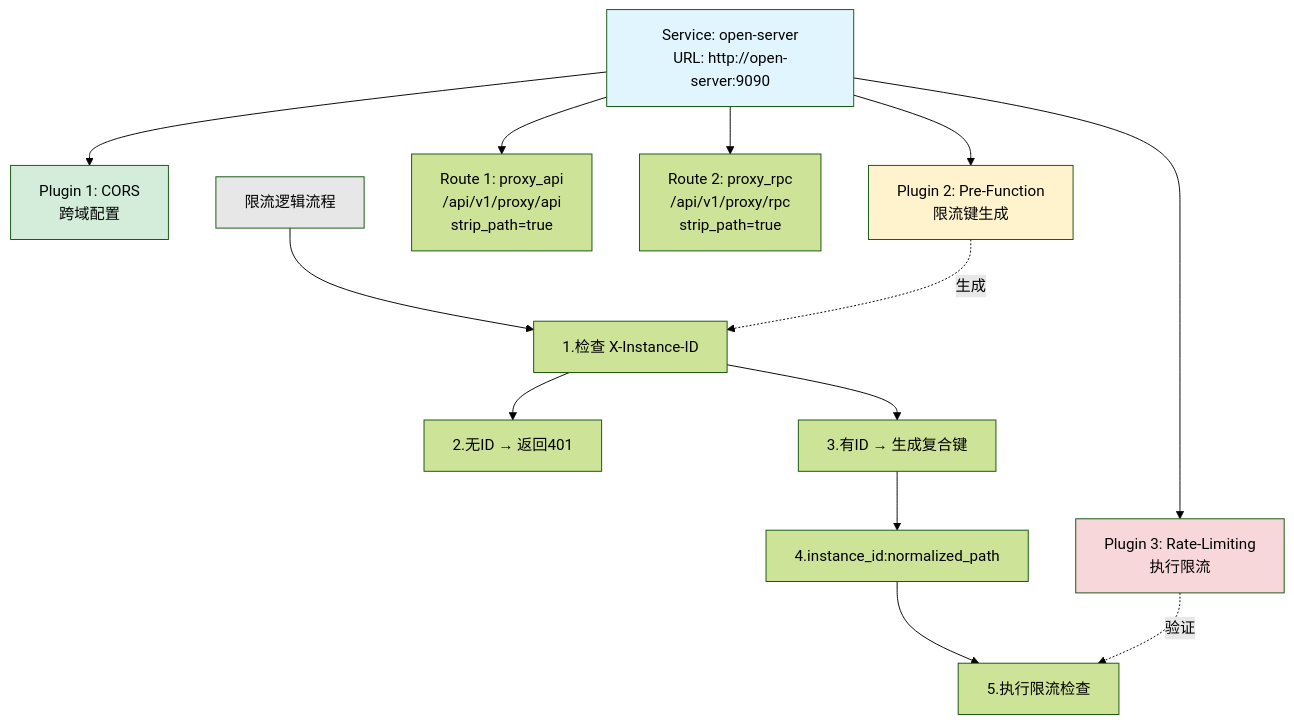
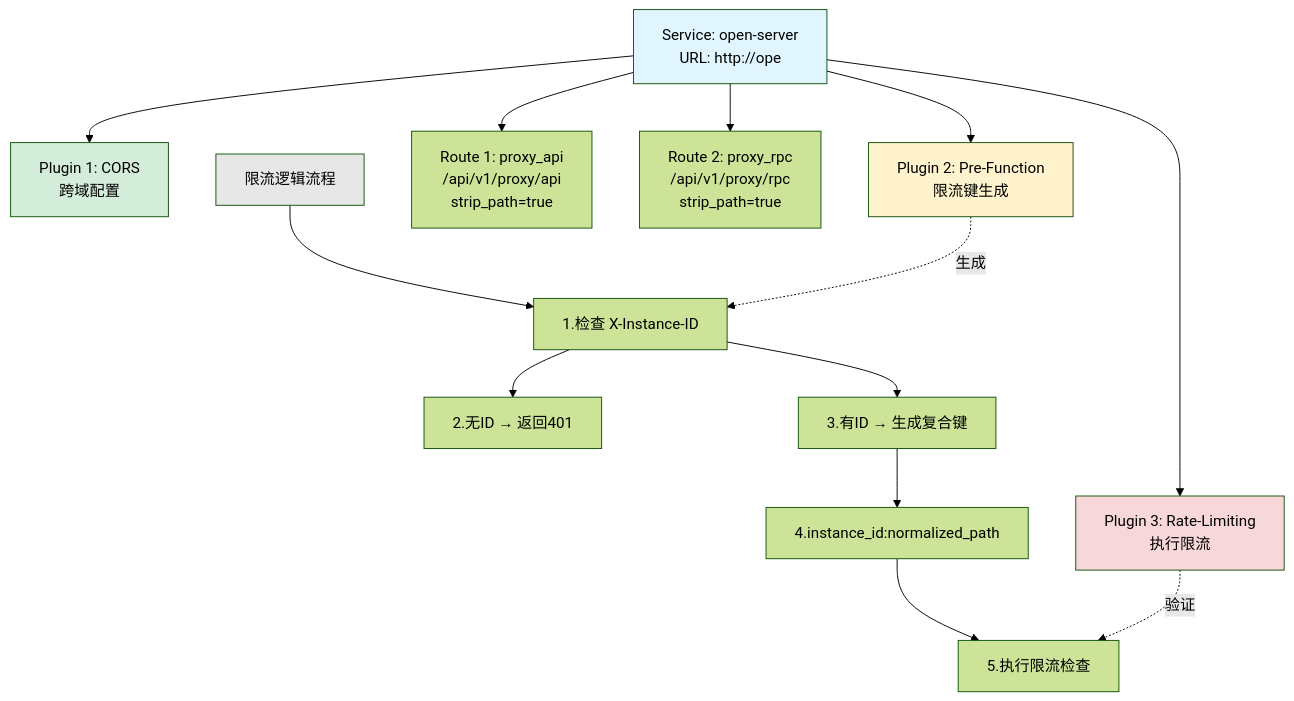
One commit to yingjianzh/iodraw-files changed the diagram in all/未命名-8.md. Above: the diagram before and after it, drawn with Mermaid (forest theme).

Commit message:
2025-12-10 10:59:26 update

````diff
--- a/all/未命名-8.md
+++ b/all/未命名-8.md
@@ -1,39 +1,39 @@
 ```mermaid
 graph TB
-    S1[Service: open-server<br/>URL: http://open-server:9090]
+    S1[Service: open-server<br/>URL: http://ope]
     
     S1P1[Plugin 1: CORS<br/>跨域配置]
     S1P2[Plugin 2: Pre-Function<br/>限流键生成]
     S1P3[Plugin 3: Rate-Limiting<br/>执行限流]
     
     R1[Route 1: proxy_api<br/>/api/v1/proxy/api<br/>strip_path=true]
     R2[Route 2: proxy_rpc<br/>/api/v1/proxy/rpc<br/>strip_path=true]
     
     S1 --> S1P1
     S1 --> S1P2
     S1 --> S1P3
     S1 --> R1
     S1 --> R2
     
     Logic[限流逻辑流程]
     L1[1.检查 X-Instance-ID]
     L2[2.无ID → 返回401]
     L3[3.有ID → 生成复合键]
     L4[4.instance_id:normalized_path]
     L5[5.执行限流检查]
     
     Logic --> L1
     L1 --> L2
     L1 --> L3
     L3 --> L4
     L4 --> L5
     
     S1P2 -.生成.-> L1
     S1P3 -.验证.-> L5
     
     style S1 fill:#e1f5ff
     style S1P1 fill:#d4edda
     style S1P2 fill:#fff3cd
     style S1P3 fill:#f8d7da
     style Logic fill:#e7e7e7
 ```
````
